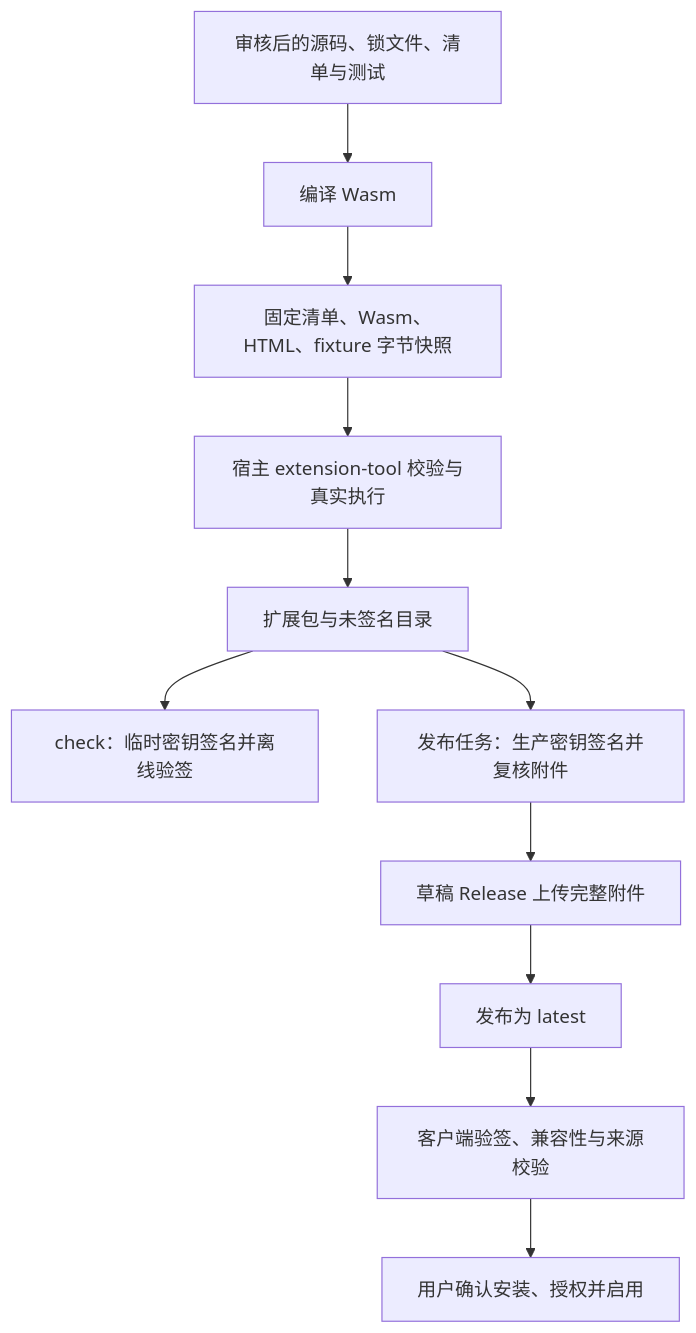
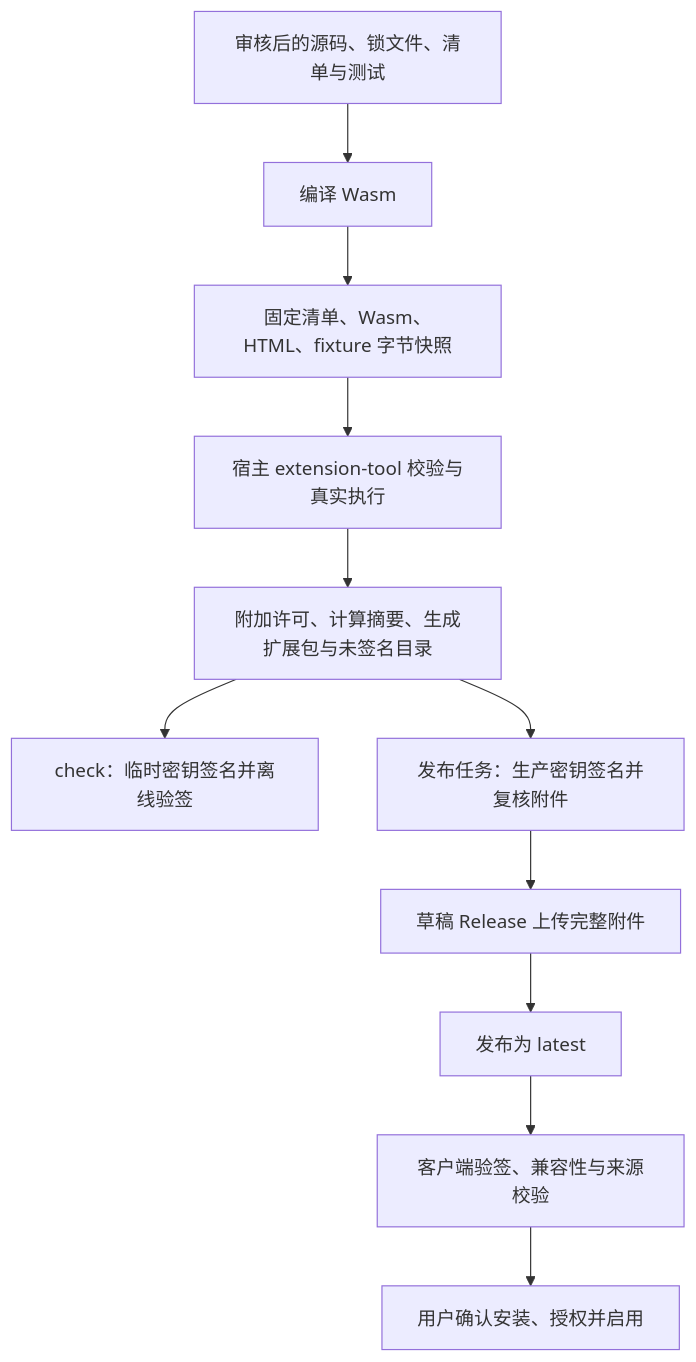
One commit to YanChao001/serial-workbench-plugins changed the diagram in docs/architecture.md. Above: the diagram before and after it, drawn with Mermaid. The commit also changed other lines of this file and 41 other files, not shown here.

````diff
--- a/docs/architecture.md
+++ b/docs/architecture.md
@@ -9,13 +9,13 @@
 ```mermaid
 flowchart TD
   S[审核后的源码、锁文件、清单与测试] --> B[编译 Wasm]
   B --> F[固定清单、Wasm、HTML、fixture 字节快照]
   F --> H[宿主 extension-tool 校验与真实执行]
-  H --> U[扩展包与未签名目录]
+  H --> U[附加许可、计算摘要、生成扩展包与未签名目录]
   U --> C[check：临时密钥签名并离线验签]
   U --> P[发布任务：生产密钥签名并复核附件]
   P --> D[草稿 Release 上传完整附件]
   D --> L[发布为 latest]
   L --> V[客户端验签、兼容性与来源校验]
   V --> I[用户确认安装、授权并启用]
 ```
````
